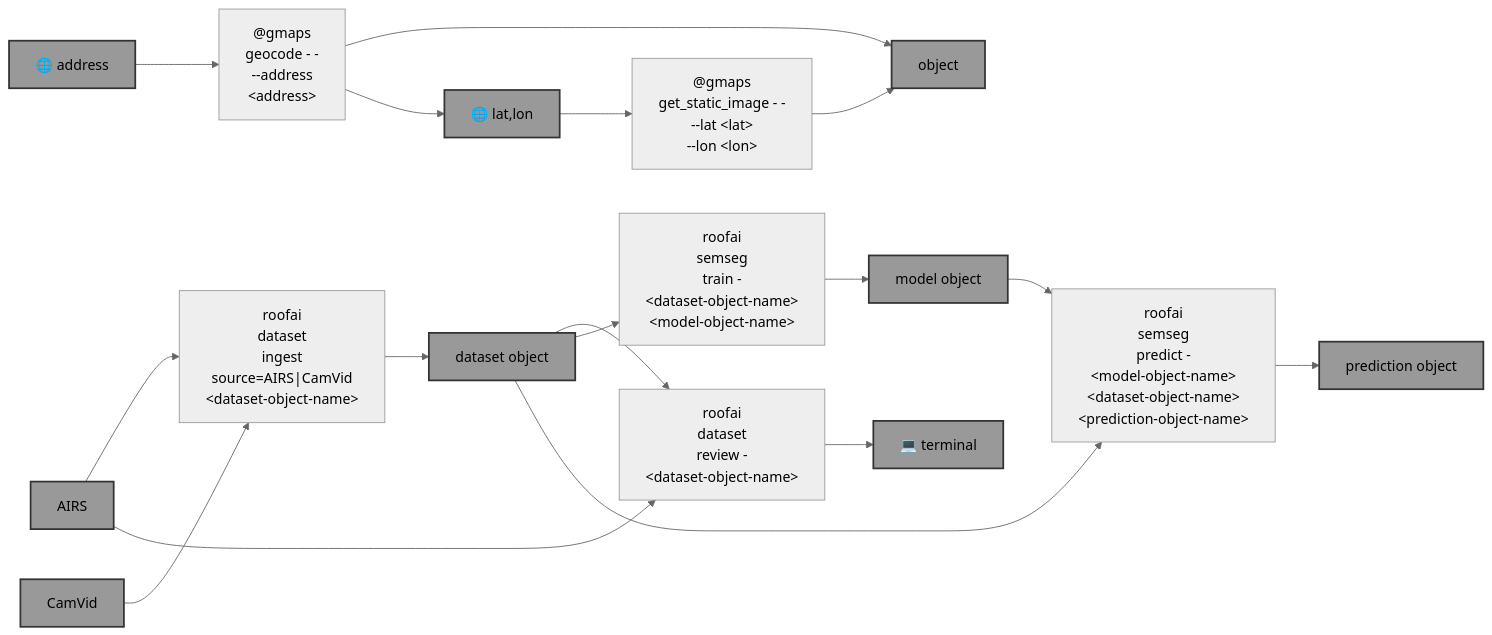
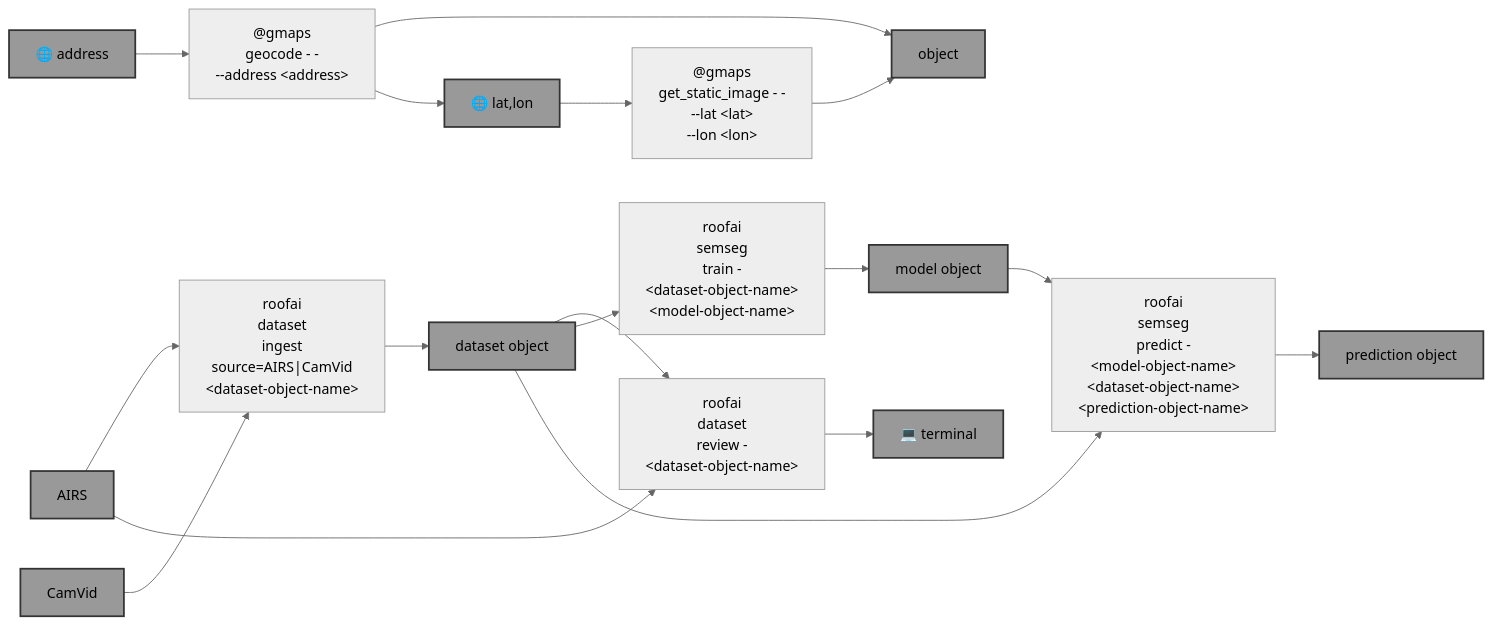
The diagram in README.md (kamangir/roofai), drawn with Mermaid (neutral theme) before and after one commit. The commit also changed other lines of this file and 2 other files, not shown here.

Commit message:
doc++ - kamangir/bolt#746 - no-workflow 🪄

````diff
--- a/README.md
+++ b/README.md
@@ -9,48 +9,48 @@
 ```mermaid
 graph LR
     dataset_ingest["roofai<br>dataset<br>ingest<br>source=AIRS|CamVid<br>&lt;dataset-object-name&gt;"]
 
     dataset_review["roofai<br>dataset<br>review -<br>&lt;dataset-object-name&gt;"]
 
     gmaps_get_static_image["@gmaps<br>get_static_image - -<br>--lat &lt;lat&gt;<br>--lon &lt;lon&gt;"]
 
-    gmaps_geocode["@gmaps<br>geocode - -<br>--address<br>&lt;address&gt;"]
+    gmaps_geocode["@gmaps<br>geocode - -<br>--address &lt;address&gt;"]
 
     semseg_train["roofai<br>semseg<br>train -<br>&lt;dataset-object-name&gt;<br>&lt;model-object-name&gt;"]
 
     semseg_predict["roofai<br>semseg<br>predict -<br>&lt;model-object-name&gt;<br>&lt;dataset-object-name&gt;<br>&lt;prediction-object-name&gt;"]
 
     address["🌐 address"]:::folder
     lat_lon["🌐 lat,lon"]:::folder
     AIRS["AIRS"]:::folder
     CamVid["CamVid"]:::folder
     dataset_object_name["dataset object"]:::folder
     model_object_name["model object"]:::folder
     prediction_object_name["prediction object"]:::folder
     object_name["object"]:::folder
     terminal["💻 terminal"]:::folder
 
     AIRS --> dataset_ingest
     CamVid --> dataset_ingest
     dataset_ingest --> dataset_object_name
 
     AIRS --> dataset_review
     dataset_object_name --> dataset_review
     dataset_review --> terminal
 
     dataset_object_name --> semseg_train
     semseg_train --> model_object_name
 
     model_object_name --> semseg_predict
     dataset_object_name --> semseg_predict
     semseg_predict --> prediction_object_name
 
     lat_lon --> gmaps_get_static_image
     gmaps_get_static_image --> object_name
 
     address --> gmaps_geocode
     gmaps_geocode --> object_name
     gmaps_geocode --> lat_lon
 
     classDef folder fill:#999,stroke:#333,stroke-width:2px;
 ```
````
